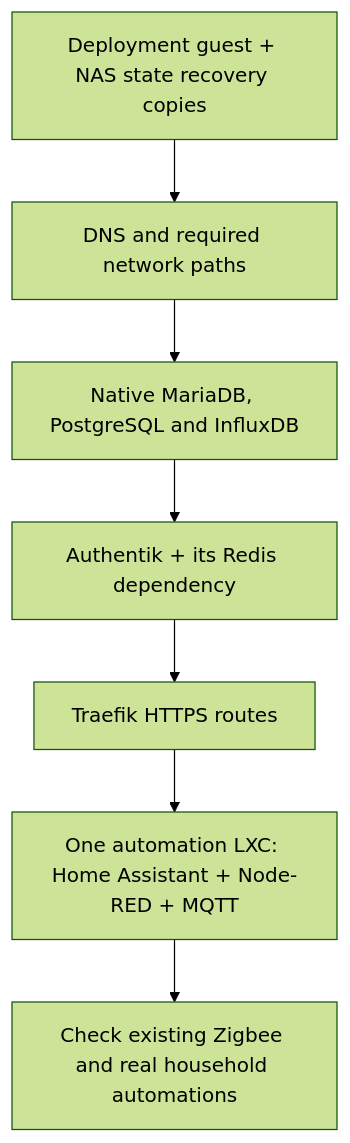
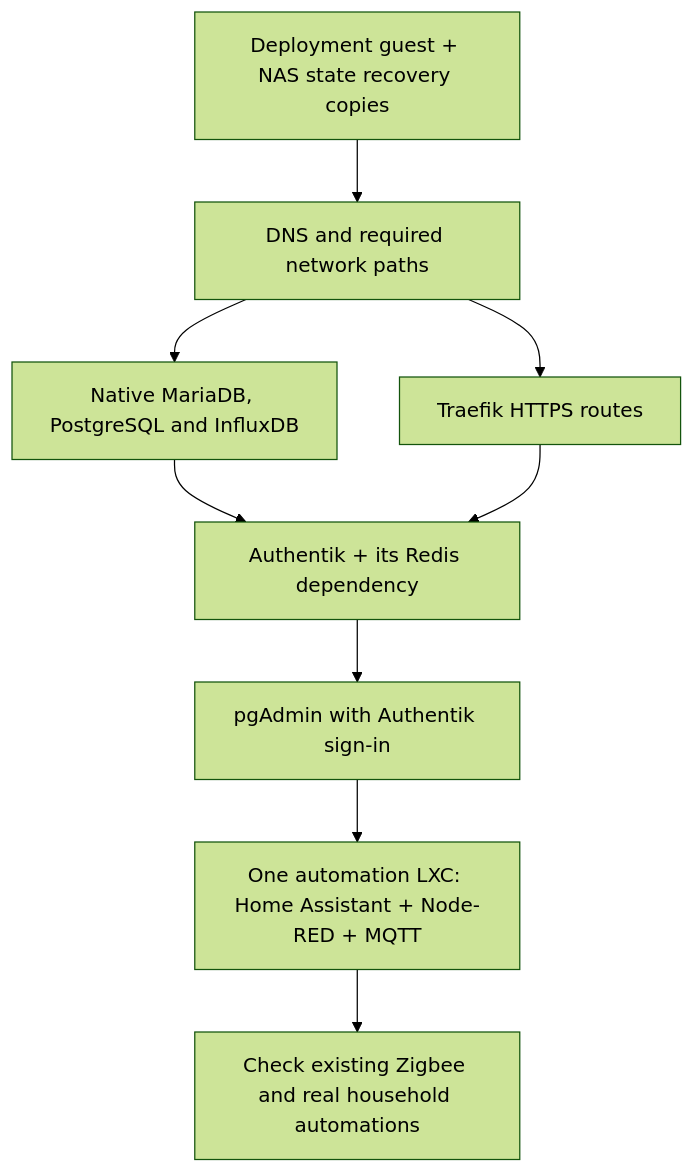
The diagram in proxmox/applications/README.md (theaussiepom/homelab), drawn with Mermaid (forest theme) before and after one commit. The commit also changed other lines of this file and 55 other files, not shown here.

````diff
--- a/proxmox/applications/README.md
+++ b/proxmox/applications/README.md
@@ -24,9 +25,11 @@
 ```mermaid
 flowchart TD
   A[Deployment guest + NAS state recovery copies] --> B[DNS and required network paths]
   B --> C[Native MariaDB, PostgreSQL and InfluxDB]
+  B --> E[Traefik HTTPS routes]
   C --> D[Authentik + its Redis dependency]
-  D --> E[Traefik HTTPS routes]
-  E --> F[One automation LXC: Home Assistant + Node-RED + MQTT]
+  E --> D
+  D --> P[pgAdmin with Authentik sign-in]
+  P --> F[One automation LXC: Home Assistant + Node-RED + MQTT]
   F --> G[Check existing Zigbee and real household automations]
 ```
````
